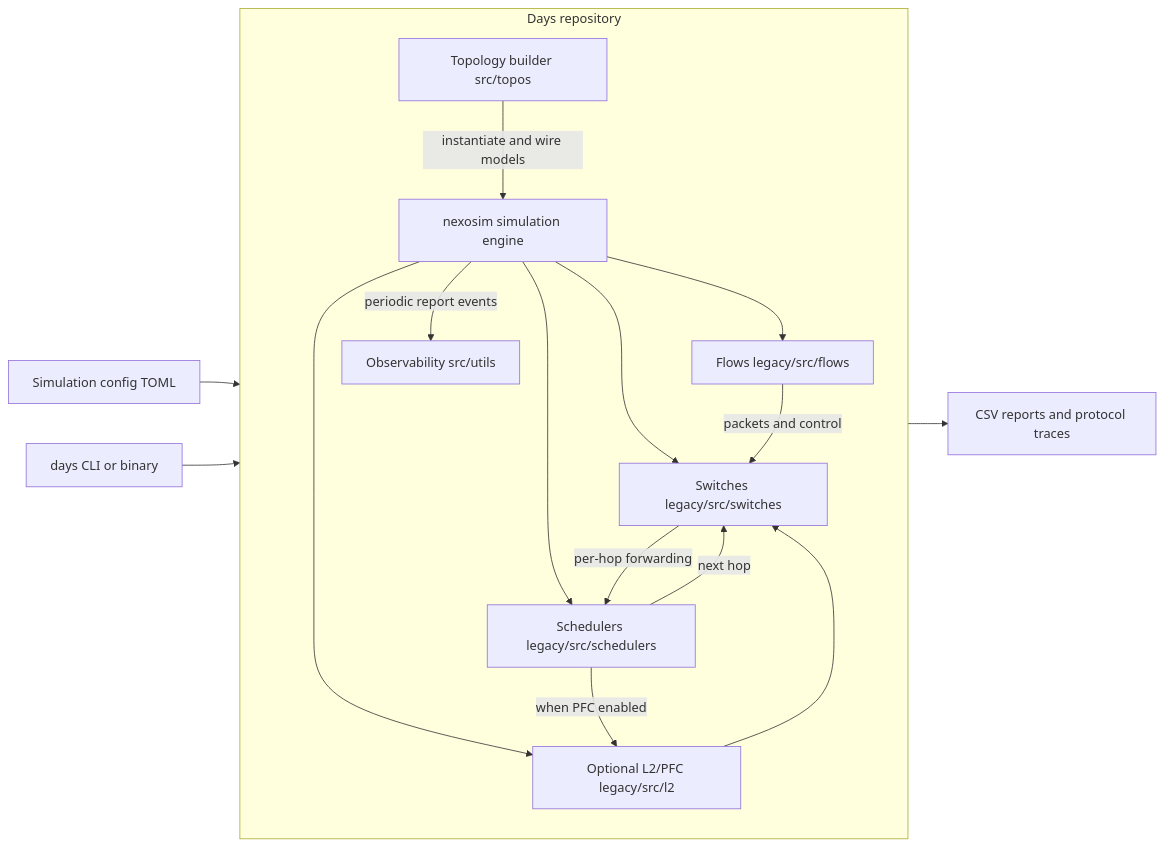
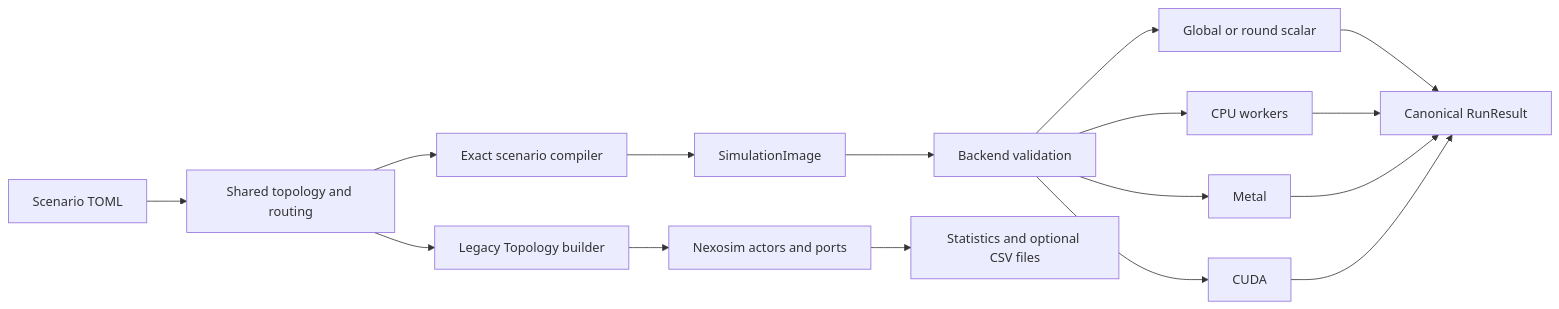
One commit to iQua/days changed the diagram in docs/content/docs/architecture/overview.mdx. Above: the diagram before and after it, drawn with Mermaid. The commit also changed other lines of this file and 6 other files, not shown here.

First line of the commit message:
docs(architecture): Replace the executor roadmap

````diff
--- a/docs/content/docs/architecture/overview.mdx
+++ b/docs/content/docs/architecture/overview.mdx
@@ -18,36 +15,22 @@
 ```mermaid
 flowchart LR
-  CFG[Simulation config TOML]
-  CLI[days CLI or binary]
-  OUT[CSV reports and protocol traces]
+  CFG[Scenario TOML]
+  GRAPH[Shared topology and routing]
 
-  subgraph REPO[Days repository]
-    direction TB
-    TOP[Topology builder src/topos]
-    FLO[Flows legacy/src/flows]
-    SW[Switches legacy/src/switches]
-    SCH[Schedulers legacy/src/schedulers]
-    L2[Optional L2/PFC legacy/src/l2]
-    OBS[Observability src/utils]
-    SIM[nexosim simulation engine]
-  end
+  CFG --> GRAPH
+  GRAPH --> LOWER[Exact scenario compiler]
+  LOWER --> IMAGE[SimulationImage]
+  IMAGE --> VALIDATE[Backend validation]
+  VALIDATE --> SCALAR[Global or round scalar]
+  VALIDATE --> CPU[CPU workers]
+  VALIDATE --> METAL[Metal]
+  VALIDATE --> CUDA[CUDA]
+  SCALAR --> RESULT[Canonical RunResult]
+  CPU --> RESULT
+  METAL --> RESULT
+  CUDA --> RESULT
 
-  CFG --> TOP
-  CLI --> TOP
-  TOP -->|instantiate and wire models| SIM
-
-  SIM --> FLO
-  SIM --> SW
-  SIM --> SCH
-  SIM --> L2
-
-  FLO -->|packets and control| SW
-  SW -->|per-hop forwarding| SCH
-  SCH -->|next hop| SW
-
-  SCH -->|when PFC enabled| L2
-  L2 --> SW
-
-  SIM -->|periodic report events| OBS
-  OBS --> OUT
+  GRAPH --> TOPO[Legacy Topology builder]
+  TOPO --> ACTORS[Nexosim actors and ports]
+  ACTORS --> REPORTS[Statistics and optional CSV files]
 ```
````
